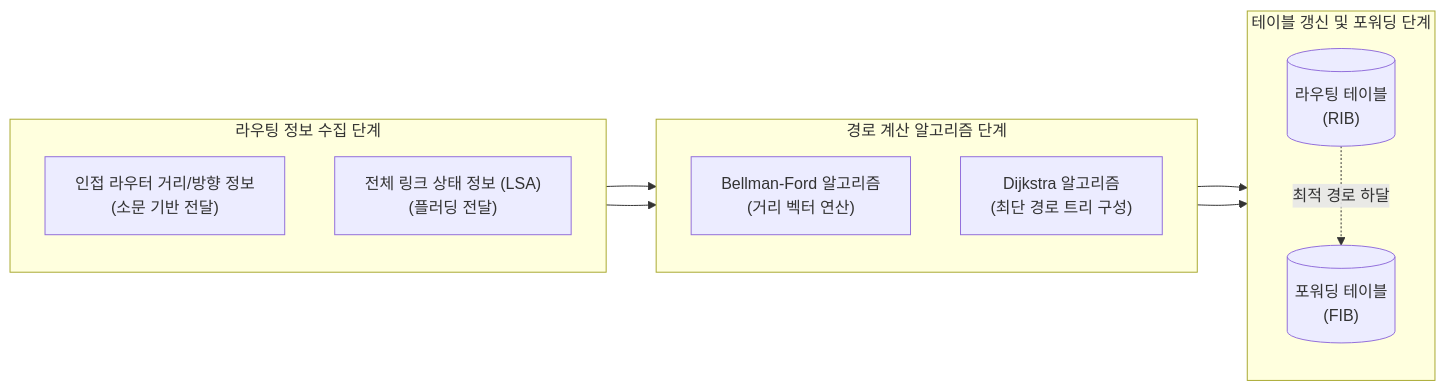
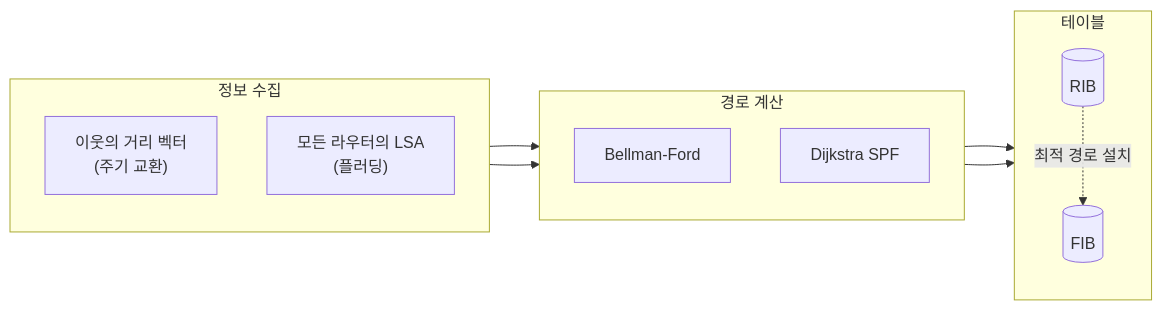
The diagram in content/01_IT Tech/라우팅 알고리즘.md (supremethumb/supremethumb.github.io), drawn with Mermaid before and after one commit. The commit also changed other lines of this file and 1087 other files, not shown here.

````diff
--- a/content/01_IT Tech/라우팅 알고리즘.md
+++ b/content/01_IT Tech/라우팅 알고리즘.md
@@ -26,27 +35,21 @@
 ```mermaid
 flowchart LR
-    subgraph Input ["라우팅 정보 수집 단계"]
+    subgraph IN["정보 수집"]
         direction TB
-        N["인접 라우터 거리/방향 정보\n(소문 기반 전달)"]
-        L["전체 링크 상태 정보 (LSA)\n(플러딩 전달)"]
+        N["이웃의 거리 벡터<br/>(주기 교환)"]
+        L["모든 라우터의 LSA<br/>(플러딩)"]
     end
-
-    subgraph Process ["경로 계산 알고리즘 단계"]
+    subgraph CALC["경로 계산"]
         direction TB
-        BF["Bellman-Ford 알고리즘\n(거리 벡터 연산)"]
-        DJ["Dijkstra 알고리즘\n(최단 경로 트리 구성)"]
+        BF["Bellman-Ford"]
+        DJ["Dijkstra SPF"]
     end
-
-    subgraph Output ["테이블 갱신 및 포워딩 단계"]
+    subgraph OUT["테이블"]
         direction TB
-        RIB[("라우팅 테이블\n(RIB)")]
-        FIB[("포워딩 테이블\n(FIB)")]
+        RIB[("RIB")]
+        FIB[("FIB")]
     end
-
-    N --> BF
-    L --> DJ
-    BF --> RIB
-    DJ --> RIB
-    RIB -. "최적 경로 하달" .-> FIB
-
+    N --> BF --> RIB
+    L --> DJ --> RIB
+    RIB -. "최적 경로 설치" .-> FIB
 ```
````
